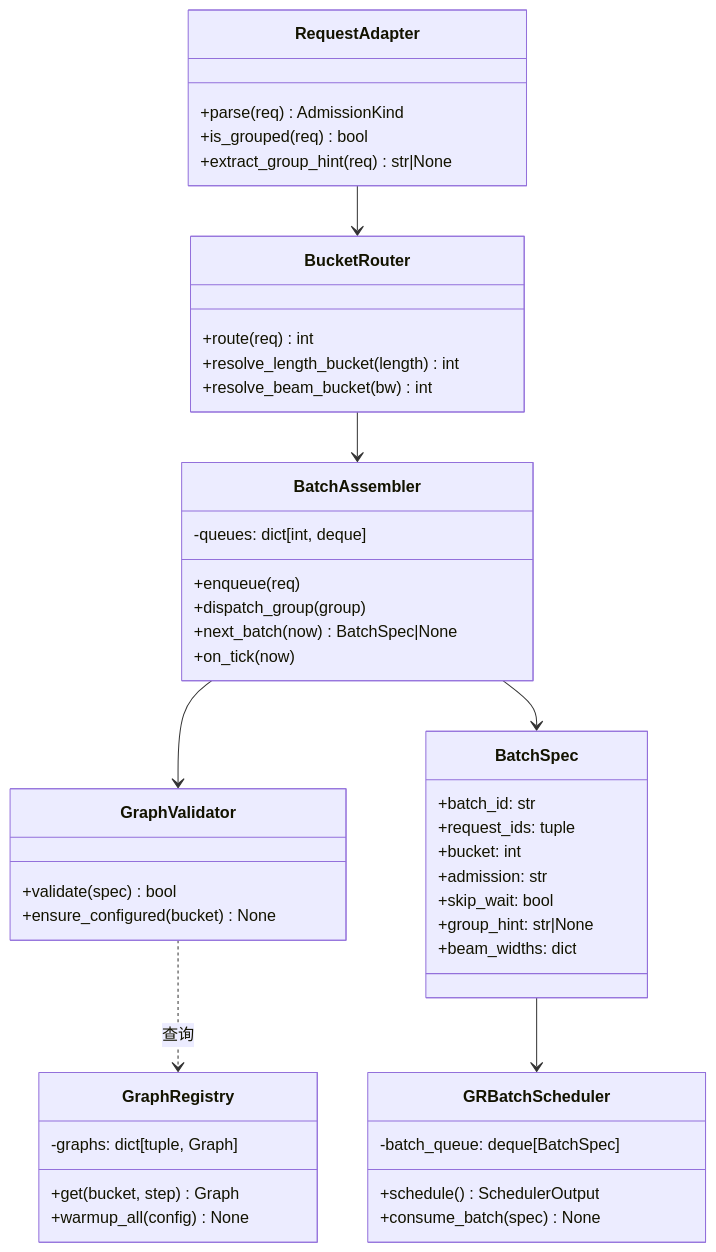
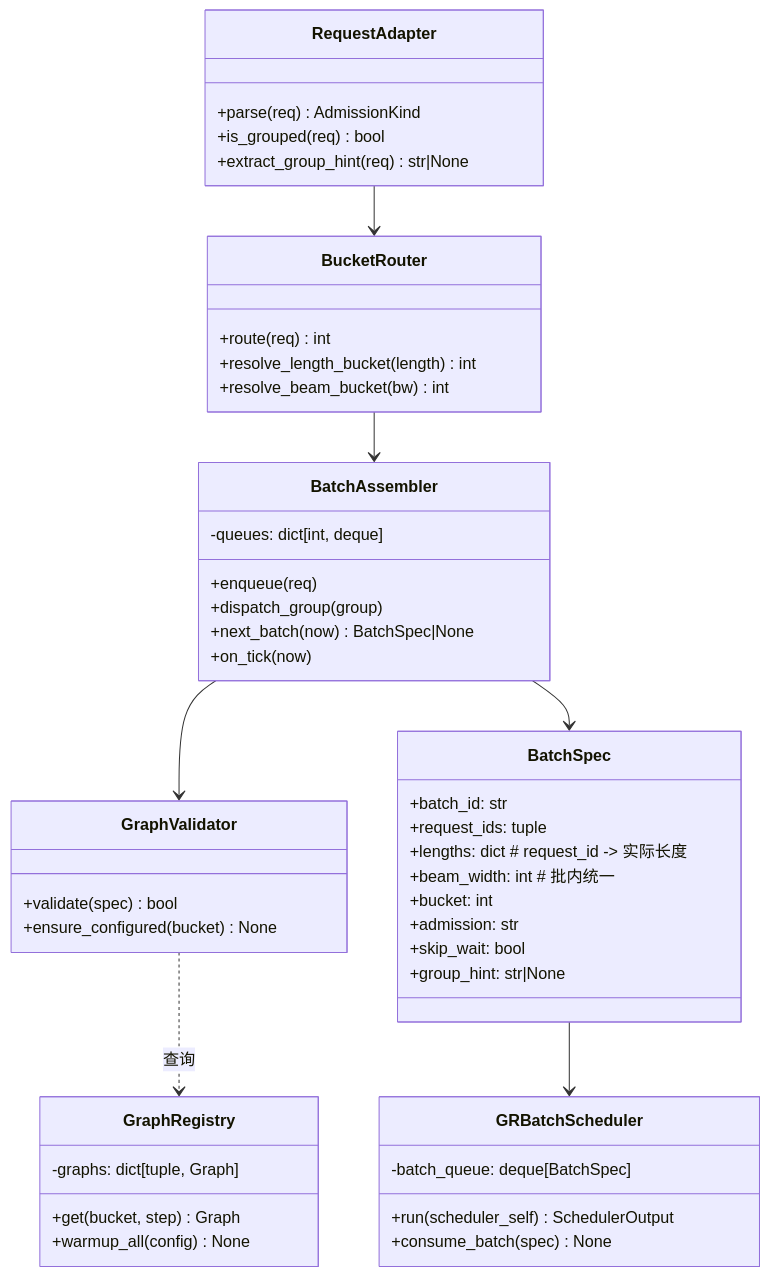
One commit to ZhiYunpenghuawei/p1 changed the fifth of 9 diagrams in scheduler_plugin_architecture.md. Above: the diagram before and after it, drawn with Mermaid. The commit also changed other lines of this file, not shown here.

````diff
--- a/scheduler_plugin_architecture.md
+++ b/scheduler_plugin_architecture.md
@@ -238,50 +241,51 @@
 ```mermaid
 classDiagram
     class RequestAdapter {
         +parse(req) AdmissionKind
         +is_grouped(req) bool
         +extract_group_hint(req) str|None
     }
     class BucketRouter {
         +route(req) int
         +resolve_length_bucket(length) int
         +resolve_beam_bucket(bw) int
     }
     class BatchAssembler {
         +enqueue(req)
         +dispatch_group(group)
         +next_batch(now) BatchSpec|None
         +on_tick(now)
         -queues: dict[int, deque]
     }
     class GraphValidator {
         +validate(spec) bool
         +ensure_configured(bucket) None
     }
     class GraphRegistry {
         +get(bucket, step) Graph
         +warmup_all(config) None
         -graphs: dict[tuple, Graph]
     }
     class GRBatchScheduler {
-        +schedule() SchedulerOutput
+        +run(scheduler_self) SchedulerOutput
         +consume_batch(spec) None
         -batch_queue: deque[BatchSpec]
     }
     class BatchSpec {
         +batch_id: str
         +request_ids: tuple
+        +lengths: dict  # request_id -> 实际长度
+        +beam_width: int  # 批内统一
         +bucket: int
         +admission: str
         +skip_wait: bool
         +group_hint: str|None
-        +beam_widths: dict
     }
 
     RequestAdapter --> BucketRouter
     BucketRouter --> BatchAssembler
     BatchAssembler --> GraphValidator
     BatchAssembler --> BatchSpec
     BatchSpec --> GRBatchScheduler
     GraphValidator ..> GraphRegistry : 查询
 ```
````
